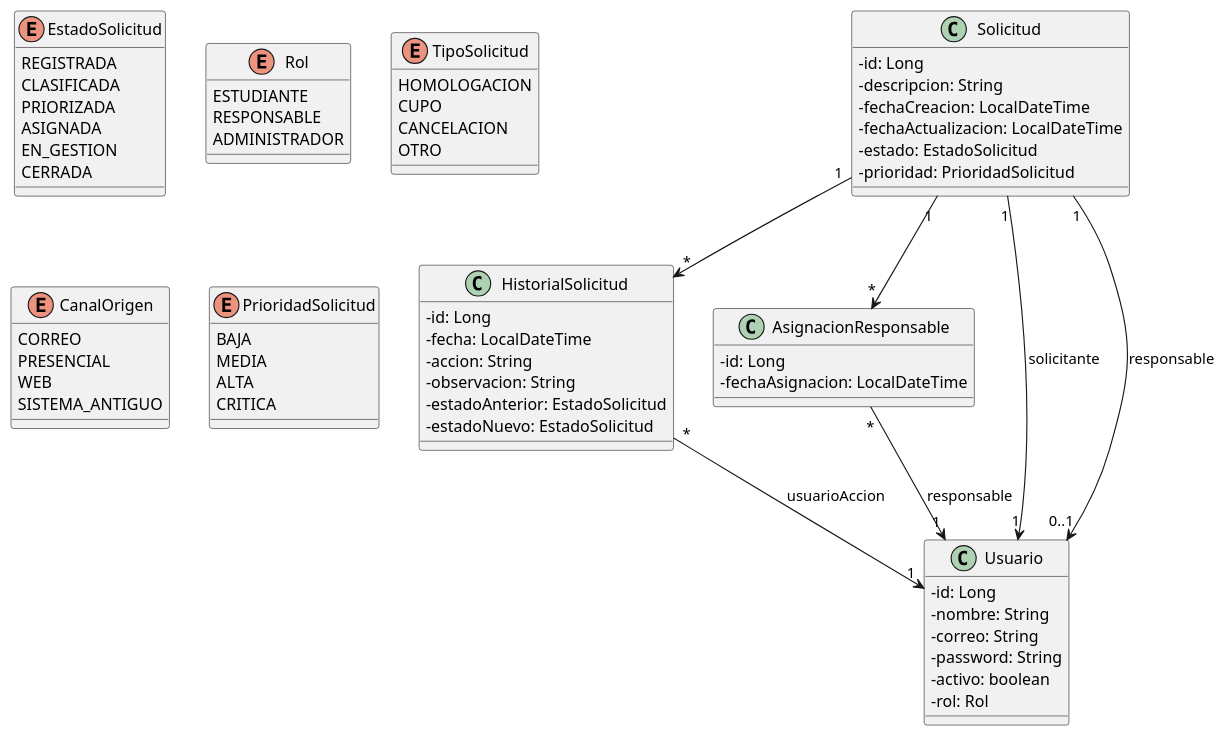
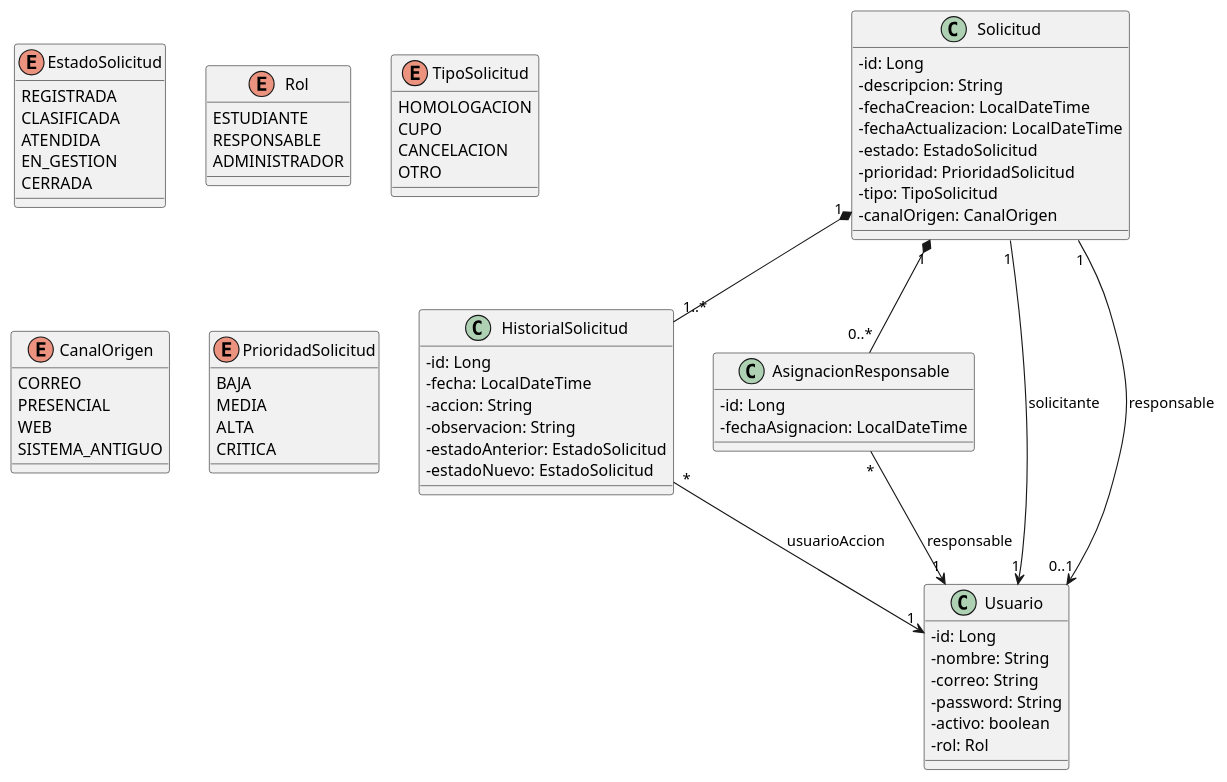
Before and after one commit to SSeanjjo/Triage-solicitudes-academicas: the diagram in docs/UML/Estructura.puml, drawn with PlantUML. The commit also changed 3 other files, not shown here.

```diff
--- a/docs/UML/Estructura.puml
+++ b/docs/UML/Estructura.puml
@@ -1,81 +1,84 @@
 @startuml
 skinparam classAttributeIconSize 0
 
 enum EstadoSolicitud {
   REGISTRADA
   CLASIFICADA
-  PRIORIZADA
-  ASIGNADA
+  ATENDIDA
   EN_GESTION
   CERRADA
 }
 
 enum Rol {
   ESTUDIANTE
   RESPONSABLE
   ADMINISTRADOR
 }
 
 enum TipoSolicitud {
   HOMOLOGACION
   CUPO
   CANCELACION
   OTRO
 }
 
 enum CanalOrigen {
   CORREO
   PRESENCIAL
   WEB
   SISTEMA_ANTIGUO
 }
 
 enum PrioridadSolicitud {
   BAJA
   MEDIA
   ALTA
   CRITICA
 }
 
 class Solicitud {
   - id: Long
   - descripcion: String
   - fechaCreacion: LocalDateTime
   - fechaActualizacion: LocalDateTime
   - estado: EstadoSolicitud
   - prioridad: PrioridadSolicitud
+  - tipo: TipoSolicitud
+  - canalOrigen: CanalOrigen
+
 }
 
 class HistorialSolicitud {
   - id: Long
   - fecha: LocalDateTime
   - accion: String
   - observacion: String
   - estadoAnterior: EstadoSolicitud
   - estadoNuevo: EstadoSolicitud
 }
 
 class AsignacionResponsable {
   - id: Long
   - fechaAsignacion: LocalDateTime
 }
 
 class Usuario {
   - id: Long
   - nombre: String
   - correo: String
   - password: String
   - activo: boolean
   - rol: Rol
 }
 
 Solicitud "1" --> "1" Usuario : solicitante
 Solicitud "1" --> "0..1" Usuario : responsable
 
-Solicitud "1" --> "*" HistorialSolicitud
+Solicitud "1" *-- "1..*" HistorialSolicitud
+Solicitud "1" *-- "0..*" AsignacionResponsable
 HistorialSolicitud "*" --> "1" Usuario : usuarioAccion
 
-Solicitud "1" --> "*" AsignacionResponsable
+
 AsignacionResponsable "*" --> "1" Usuario : responsable
 
 @enduml
```
